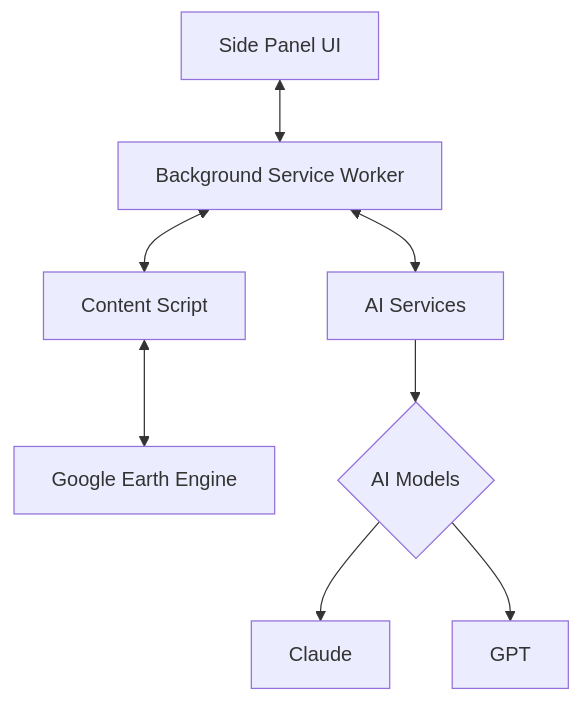
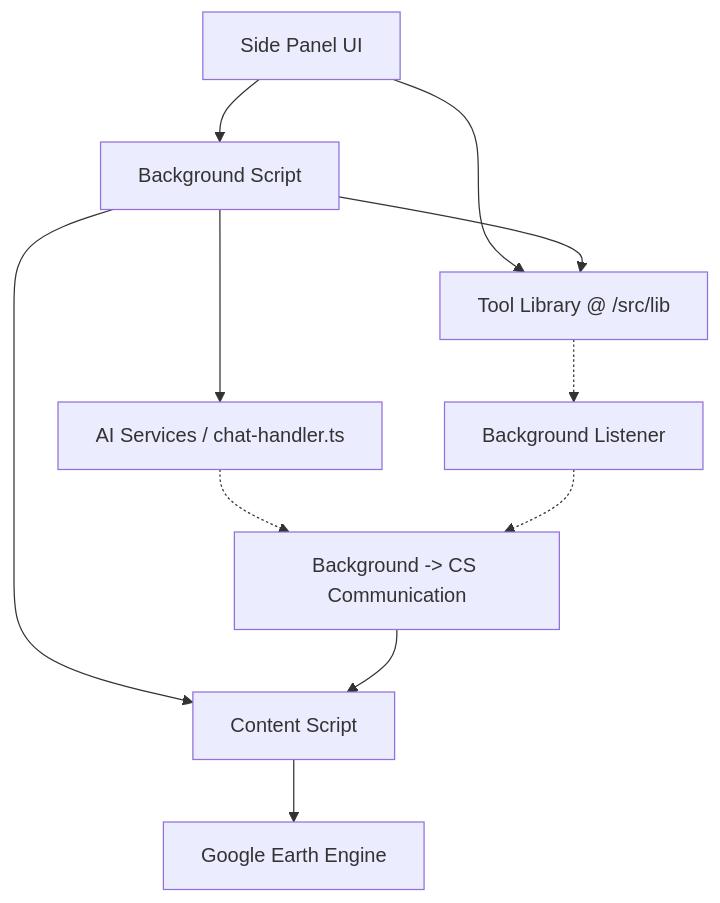
The first of 18 diagrams in memory-bank/systemPatterns.md (wybert/earth-agent-chrome-ext), drawn with Mermaid before and after one commit. The commit also changed other lines of this file and 3 other files, not shown here.

````diff
--- a/memory-bank/systemPatterns.md
+++ b/memory-bank/systemPatterns.md
@@ -7,10 +7,13 @@
 ```mermaid
 graph TD
-    UI[Side Panel UI] <--> BG[Background Service Worker]
-    BG <--> CS[Content Script]
-    BG <--> AI[AI Services]
-    CS <--> GEE[Google Earth Engine]
-    AI --> MOD{AI Models}
-    MOD --> C[Claude]
-    MOD --> G[GPT]
+    UI[Side Panel UI] --> BG[Background Script]
+    UI --> Lib[Tool Library @ /src/lib]
+    BG --> Lib
+    BG --> AI[AI Services / chat-handler.ts]
+    BG --> CS[Content Script]
+    Lib -.-> BG_Listener[Background Listener]
+    AI -.-> BG_CS_Comm[Background -> CS Communication]
+    BG_Listener -.-> BG_CS_Comm
+    BG_CS_Comm --> CS
+    CS --> GEE[Google Earth Engine]
 ```
````
